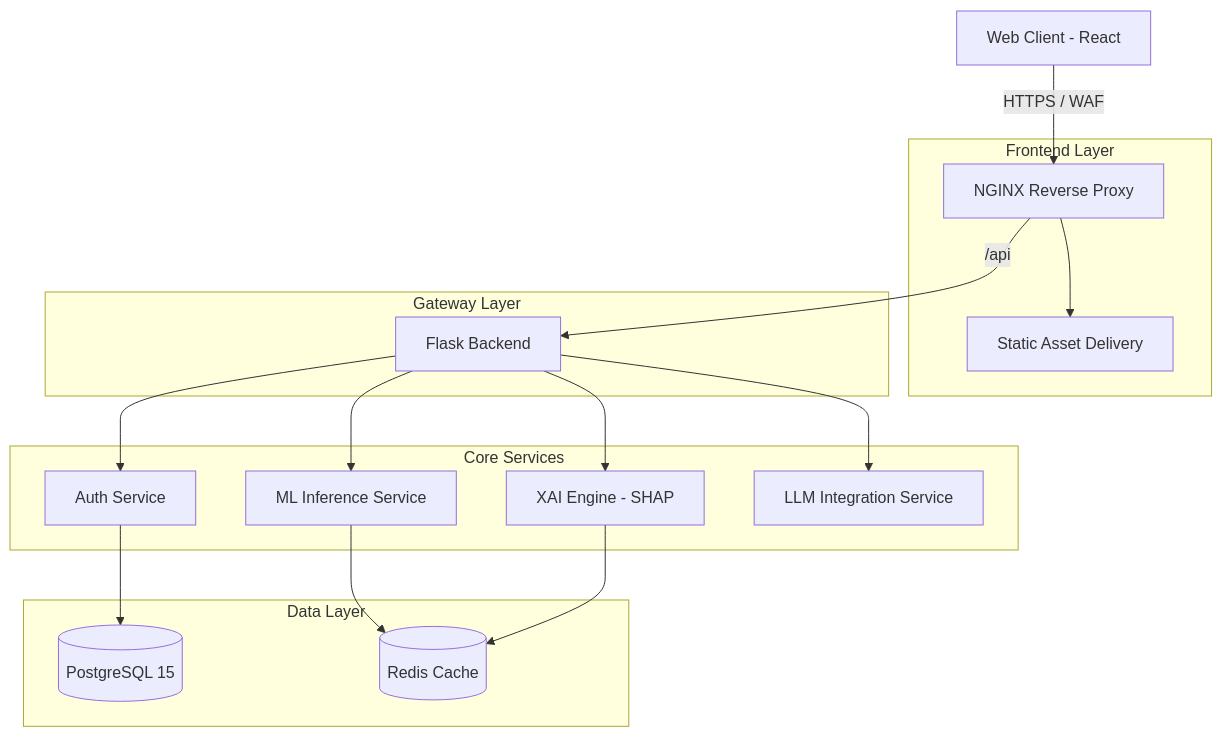
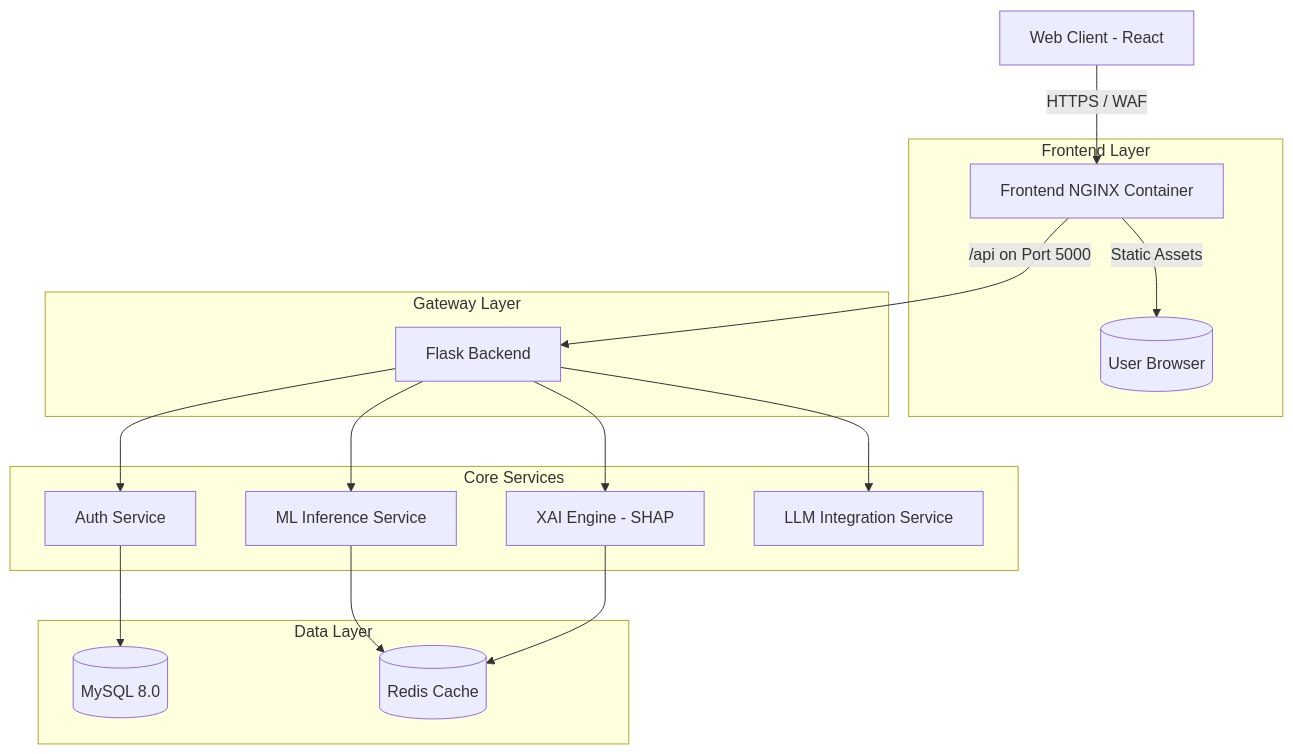
One commit to JagabattulaKarthikeya-1227/FraudShield-AI changed the first of 2 diagrams in docs/ARCHITECTURE.md. Above: the diagram before and after it, drawn with Mermaid. The commit also changed other lines of this file and 16 other files, not shown here.

Commit message:
fix: resolve failing tests, pin numpy, fix test mocks, and update architecture docs

````diff
--- a/docs/ARCHITECTURE.md
+++ b/docs/ARCHITECTURE.md
@@ -7,25 +7,25 @@
 ```mermaid
 graph TD
-    Client[Web Client - React] -->|HTTPS / WAF| Proxy[NGINX Reverse Proxy]
+    Client[Web Client - React] -->|HTTPS / WAF| Frontend[Frontend NGINX Container]
     
     subgraph Frontend Layer
-        Proxy --> Assets[Static Asset Delivery]
+        Frontend -->|Static Assets| Browser[(User Browser)]
     end
     
     subgraph Gateway Layer
-        Proxy -->|/api| Gateway[Flask Backend]
+        Frontend -->|/api on Port 5000| Gateway[Flask Backend]
     end
     
     subgraph Core Services
         Gateway --> Auth[Auth Service]
         Gateway --> Inference[ML Inference Service]
         Gateway --> Explain[XAI Engine - SHAP]
         Gateway --> Copilot[LLM Integration Service]
     end
     
     subgraph Data Layer
-        Auth --> Postgres[(PostgreSQL 15)]
+        Auth --> Postgres[(MySQL 8.0)]
         Inference --> Redis[(Redis Cache)]
         Explain --> Redis
     end
 ```
````
